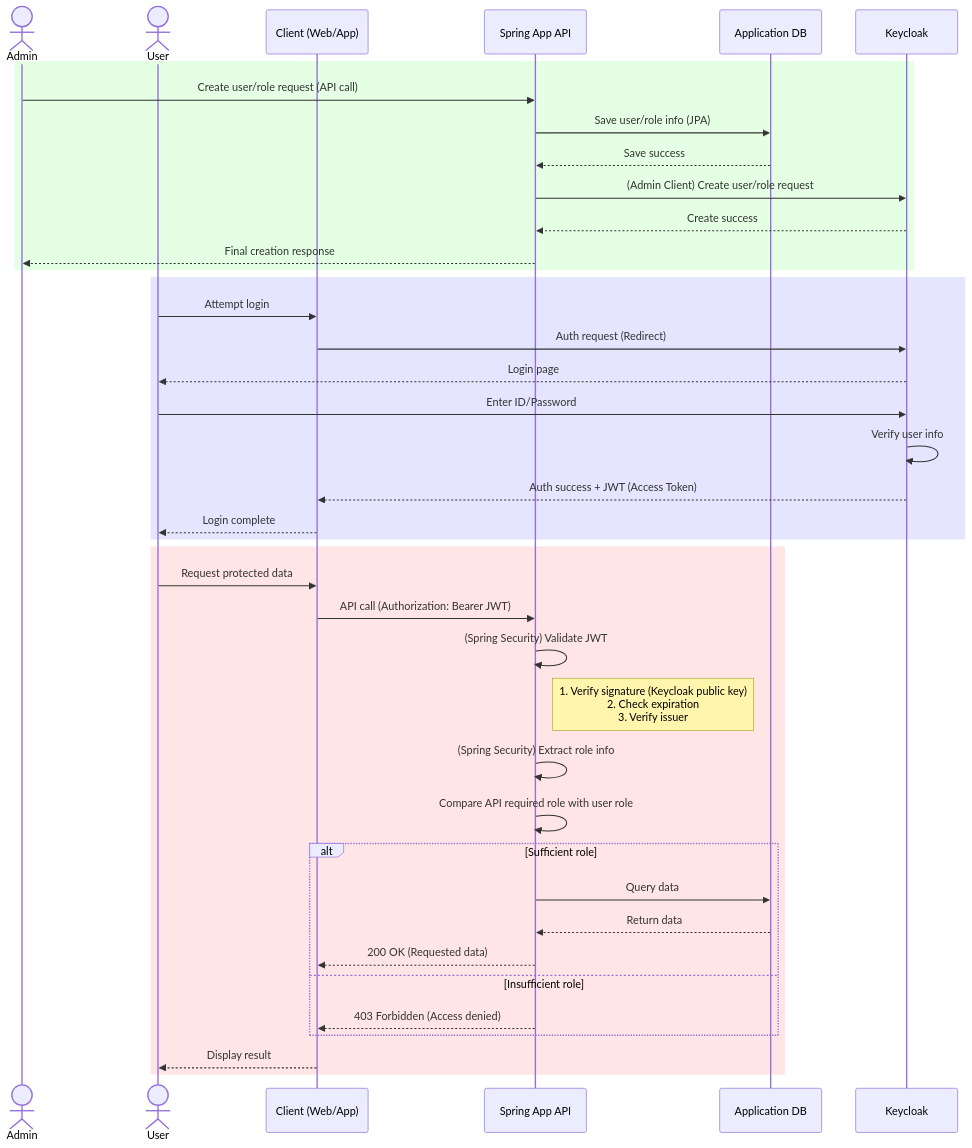
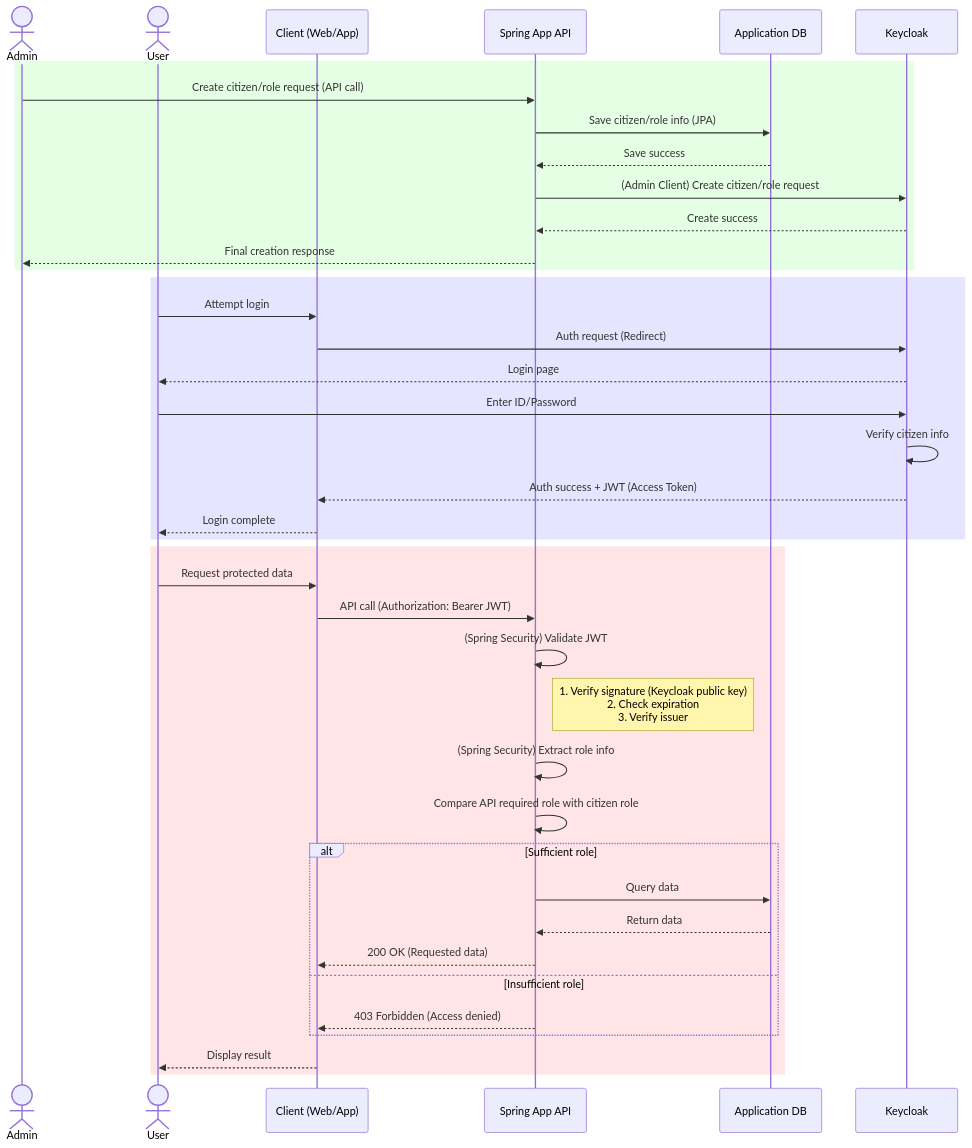
The diagram in docs/keycloak_인증인가_개념_정리.md (kth9916/pro), drawn with Mermaid before and after one commit. The commit also changed other lines of this file and 28 other files, not shown here.

Commit message:
:art: User -> Citizen 변경, 비밀번호 제거

````diff
--- a/docs/keycloak_인증인가_개념_정리.md
+++ b/docs/keycloak_인증인가_개념_정리.md
@@ -180,48 +180,48 @@
 ```mermaid
 sequenceDiagram
     actor Admin
     actor User
     participant Client as Client (Web/App)
     participant SpringApp as Spring App API
     participant AppDB as Application DB
     participant Keycloak as Keycloak
 
     %% 1. Role & User Registration %%
     rect rgba(0, 255, 0, 0.1)
-        Admin->>SpringApp: Create user/role request (API call)
-        SpringApp->>AppDB: Save user/role info (JPA)
+        Admin->>SpringApp: Create citizen/role request (API call)
+        SpringApp->>AppDB: Save citizen/role info (JPA)
         AppDB-->>SpringApp: Save success
-        SpringApp->>Keycloak: (Admin Client) Create user/role request
+        SpringApp->>Keycloak: (Admin Client) Create citizen/role request
         Keycloak-->>SpringApp: Create success
         SpringApp-->>Admin: Final creation response
     end
 
     %% 2. User Authentication (Login) %%
     rect rgba(0, 0, 255, 0.1)
         User->>Client: Attempt login
         Client->>Keycloak: Auth request (Redirect)
         Keycloak-->>User: Login page
         User->>Keycloak: Enter ID/Password
-        Keycloak->>Keycloak: Verify user info
+        Keycloak->>Keycloak: Verify citizen info
         Keycloak-->>Client: Auth success + JWT (Access Token)
         Client-->>User: Login complete
     end
 
     %% 3. API Access & Authorization %%
     rect rgba(255, 0, 0, 0.1)
         User->>Client: Request protected data
         Client->>SpringApp: API call (Authorization: Bearer JWT)
         SpringApp->>SpringApp: (Spring Security) Validate JWT
         Note right of SpringApp: 1. Verify signature (Keycloak public key)<br/>2. Check expiration<br/>3. Verify issuer
         SpringApp->>SpringApp: (Spring Security) Extract role info
-        SpringApp->>SpringApp: Compare API required role with user role
+        SpringApp->>SpringApp: Compare API required role with citizen role
         alt Sufficient role
             SpringApp->>AppDB: Query data
             AppDB-->>SpringApp: Return data
             SpringApp-->>Client: 200 OK (Requested data)
         else Insufficient role
             SpringApp-->>Client: 403 Forbidden (Access denied)
         end
         Client-->>User: Display result
     end
 ```
````
